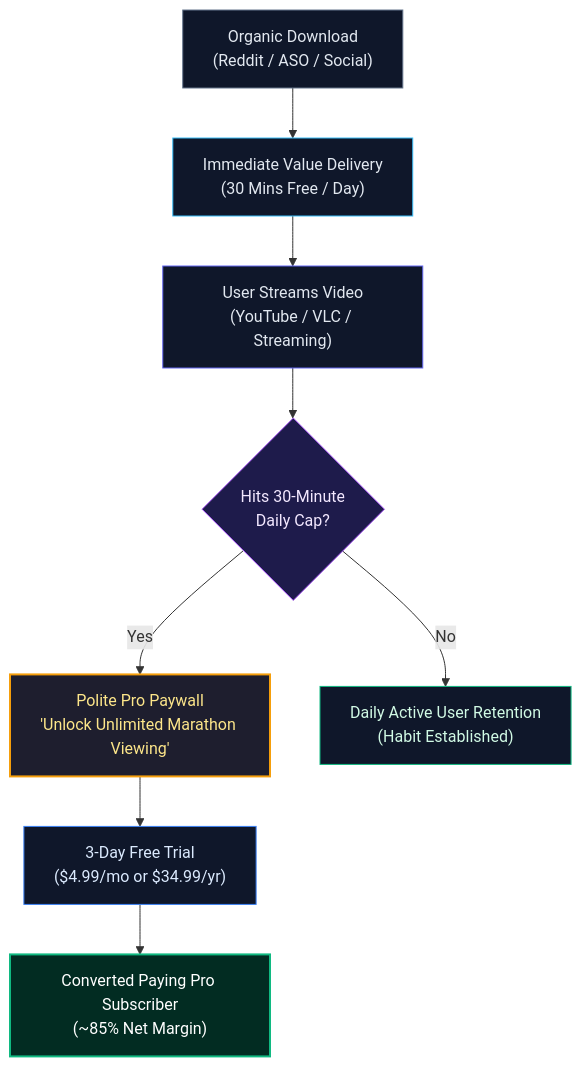
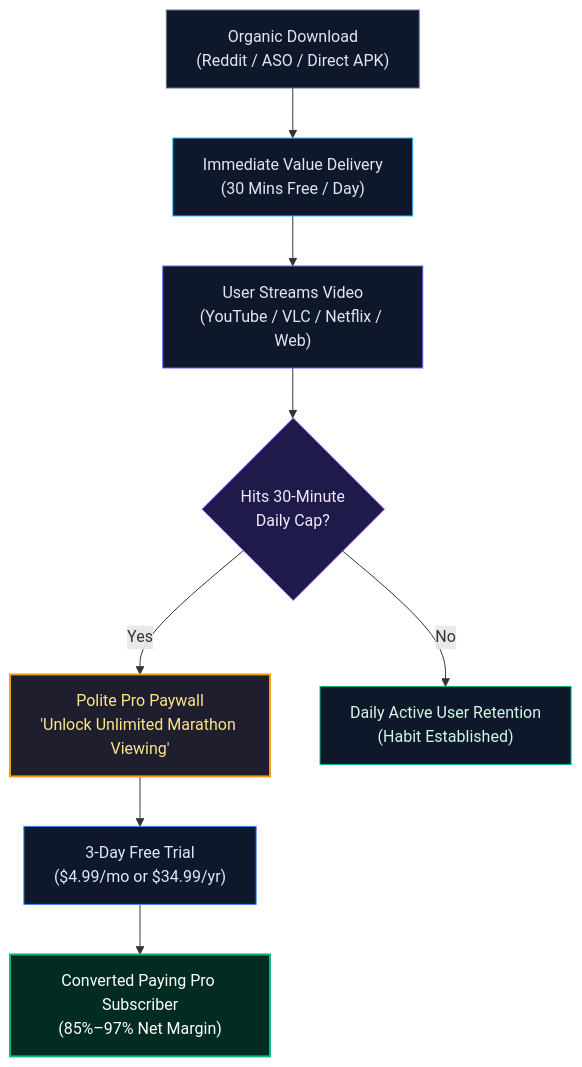
The fourth of 8 diagrams in docs/BUSINESS_PLAN.md (martinfou/close-caption), drawn with Mermaid before and after one commit. The commit also changed other lines of this file and 1 other file, not shown here.

````diff
--- a/docs/BUSINESS_PLAN.md
+++ b/docs/BUSINESS_PLAN.md
@@ -112,19 +116,19 @@
 ```mermaid
 flowchart TD
-    A["Organic Download<br/>(Reddit / ASO / Social)"] --> B["Immediate Value Delivery<br/>(30 Mins Free / Day)"]
-    B --> C["User Streams Video<br/>(YouTube / VLC / Streaming)"]
+    A["Organic Download<br/>(Reddit / ASO / Direct APK)"] --> B["Immediate Value Delivery<br/>(30 Mins Free / Day)"]
+    B --> C["User Streams Video<br/>(YouTube / VLC / Netflix / Web)"]
     C --> D{"Hits 30-Minute<br/>Daily Cap?"}
     D -- Yes --> E["Polite Pro Paywall<br/>'Unlock Unlimited Marathon Viewing'"]
     D -- No --> F["Daily Active User Retention<br/>(Habit Established)"]
     E --> G["3-Day Free Trial<br/>($4.99/mo or $34.99/yr)"]
-    G --> H["Converted Paying Pro Subscriber<br/>(~85% Net Margin)"]
+    G --> H["Converted Paying Pro Subscriber<br/>(85%–97% Net Margin)"]
 
     style A fill:#0f172a,stroke:#64748b,stroke-width:1px,color:#e2e8f0
     style B fill:#0f172a,stroke:#38bdf8,stroke-width:1px,color:#e2e8f0
     style C fill:#0f172a,stroke:#6366f1,stroke-width:1px,color:#e2e8f0
     style D fill:#1e1b4b,stroke:#a855f7,stroke-width:1px,color:#f3e8ff
     style E fill:#1e1e2e,stroke:#f59e0b,stroke-width:2px,color:#fde68a
     style F fill:#0f172a,stroke:#10b981,stroke-width:1px,color:#d1fae5
     style G fill:#0f172a,stroke:#3b82f6,stroke-width:1px,color:#dbeafe
     style H fill:#022c22,stroke:#10b981,stroke-width:2px,color:#ffffff
 ```
````
